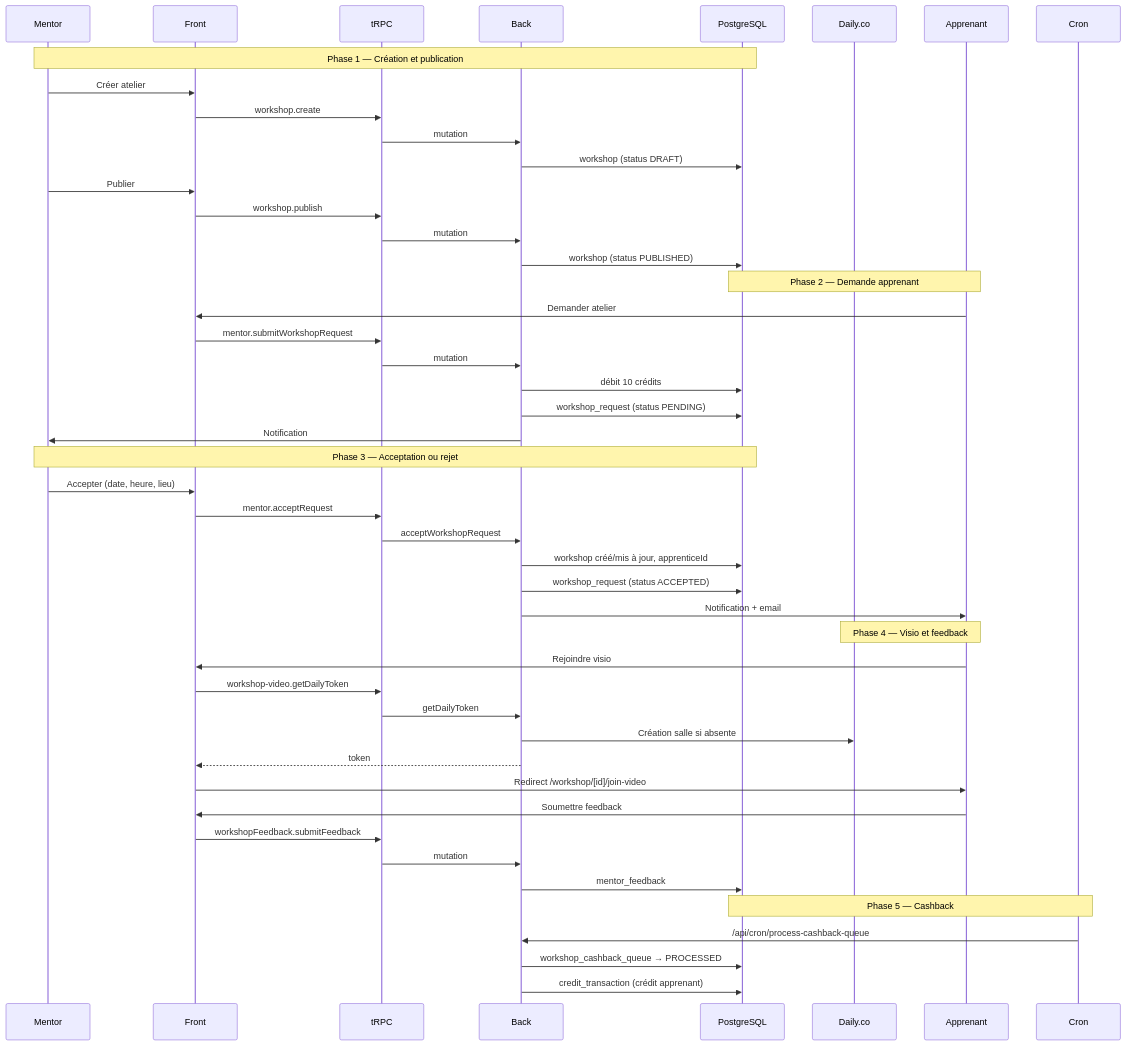
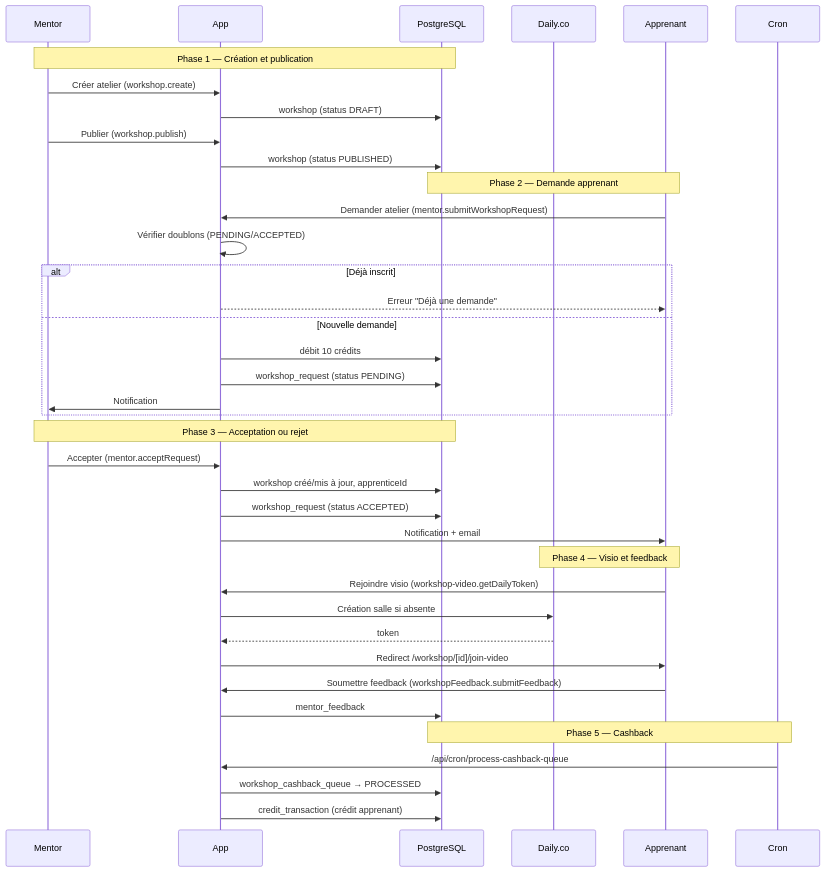
Diagram 12 of 24 in docs/architecture.md (alice-444/ls_app), drawn with Mermaid before and after one commit. The commit also changed other lines of this file and 8 other files, not shown here.

Commit message:
docs: update application structure and documentation to reflect unified app architecture, including shared components and deployment details

````diff
--- a/docs/architecture.md
+++ b/docs/architecture.md
@@ -480,54 +468,45 @@
 ```mermaid
 sequenceDiagram
   participant M as Mentor
-  participant F as Front
-  participant T as tRPC
-  participant B as Back
+  participant A as App
   participant DB as PostgreSQL
   participant D as Daily.co
-  participant A as Apprenant
+  participant Apprenant as Apprenant
   participant CRON as Cron
 
   Note over M,DB: Phase 1 — Création et publication
-  M->>F: Créer atelier
-  F->>T: workshop.create
-  T->>B: mutation
-  B->>DB: workshop (status DRAFT)
-  M->>F: Publier
-  F->>T: workshop.publish
-  T->>B: mutation
-  B->>DB: workshop (status PUBLISHED)
+  M->>A: Créer atelier (workshop.create)
+  A->>DB: workshop (status DRAFT)
+  M->>A: Publier (workshop.publish)
+  A->>DB: workshop (status PUBLISHED)
 
-  Note over A,DB: Phase 2 — Demande apprenant
-  A->>F: Demander atelier
-  F->>T: mentor.submitWorkshopRequest
-  T->>B: mutation
-  B->>DB: débit 10 crédits
-  B->>DB: workshop_request (status PENDING)
-  B->>M: Notification
+  Note over Apprenant,DB: Phase 2 — Demande apprenant
+  Apprenant->>A: Demander atelier (mentor.submitWorkshopRequest)
+  A->>A: Vérifier doublons (PENDING/ACCEPTED)
+  alt Déjà inscrit
+    A-->>Apprenant: Erreur "Déjà une demande"
+  else Nouvelle demande
+    A->>DB: débit 10 crédits
+    A->>DB: workshop_request (status PENDING)
+    A->>M: Notification
+  end
 
   Note over M,DB: Phase 3 — Acceptation ou rejet
-  M->>F: Accepter (date, heure, lieu)
-  F->>T: mentor.acceptRequest
-  T->>B: acceptWorkshopRequest
-  B->>DB: workshop créé/mis à jour, apprenticeId
-  B->>DB: workshop_request (status ACCEPTED)
-  B->>A: Notification + email
+  M->>A: Accepter (mentor.acceptRequest)
+  A->>DB: workshop créé/mis à jour, apprenticeId
+  A->>DB: workshop_request (status ACCEPTED)
+  A->>Apprenant: Notification + email
 
-  Note over A,D: Phase 4 — Visio et feedback
-  A->>F: Rejoindre visio
-  F->>T: workshop-video.getDailyToken
-  T->>B: getDailyToken
-  B->>D: Création salle si absente
-  B-->>F: token
-  F->>A: Redirect /workshop/[id]/join-video
-  A->>F: Soumettre feedback
-  F->>T: workshopFeedback.submitFeedback
-  T->>B: mutation
-  B->>DB: mentor_feedback
+  Note over Apprenant,D: Phase 4 — Visio et feedback
+  Apprenant->>A: Rejoindre visio (workshop-video.getDailyToken)
+  A->>D: Création salle si absente
+  D-->>A: token
+  A->>Apprenant: Redirect /workshop/[id]/join-video
+  Apprenant->>A: Soumettre feedback (workshopFeedback.submitFeedback)
+  A->>DB: mentor_feedback
 
   Note over CRON,DB: Phase 5 — Cashback
-  CRON->>B: /api/cron/process-cashback-queue
-  B->>DB: workshop_cashback_queue → PROCESSED
-  B->>DB: credit_transaction (crédit apprenant)
+  CRON->>A: /api/cron/process-cashback-queue
+  A->>DB: workshop_cashback_queue → PROCESSED
+  A->>DB: credit_transaction (crédit apprenant)
 ```
````
